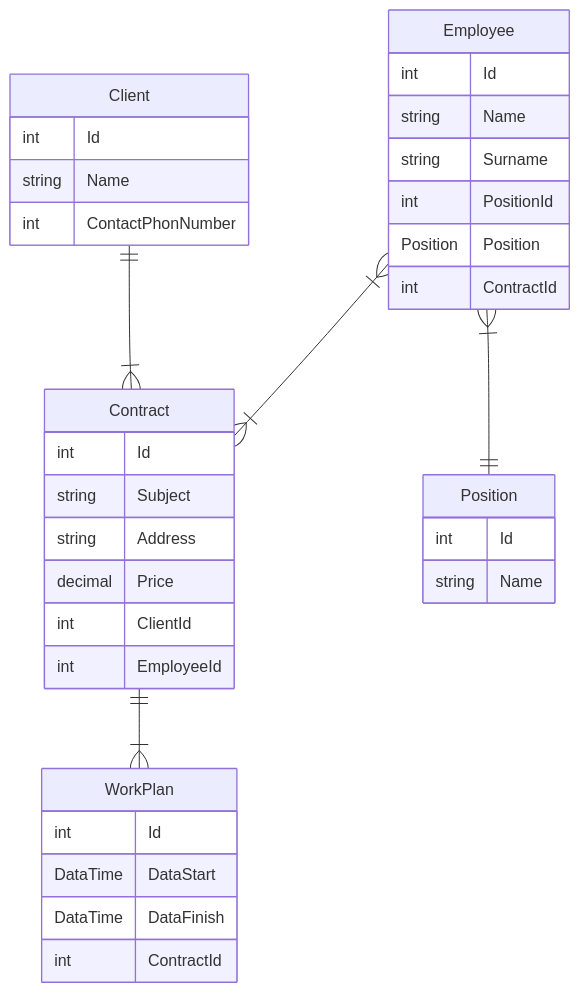
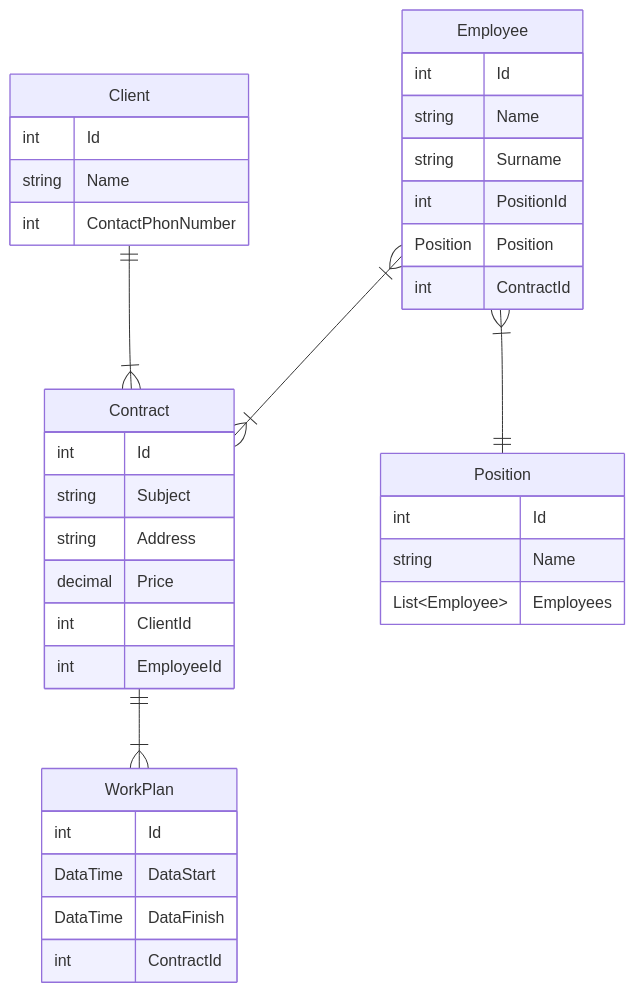
The diagram in README.md (KondratenkoDV/CRM), drawn with Mermaid before and after one commit.

````diff
--- a/README.md
+++ b/README.md
@@ -1,43 +1,44 @@
 ```mermaid
 erDiagram
   Employee }|--|{ Contract : ""
   Client ||--|{ Contract : ""
   Contract ||--|{ WorkPlan : ""
   Employee }|--|| Position : ""
   
   Employee{
       int Id
       string Name
       string Surname
       int PositionId
       Position Position
       int ContractId
   }
 
   Client{
       int Id
       string Name
       int ContactPhonNumber
   }
 
   Contract{
       int Id
       string Subject
       string Address
       decimal Price
       int ClientId
       int EmployeeId
   }
 
   WorkPlan{
       int Id
       DataTime DataStart
       DataTime DataFinish
       int ContractId
   }
   
   Position{
       int Id
       string Name
+      List~Employee~ Employees
   }
   ```
````
